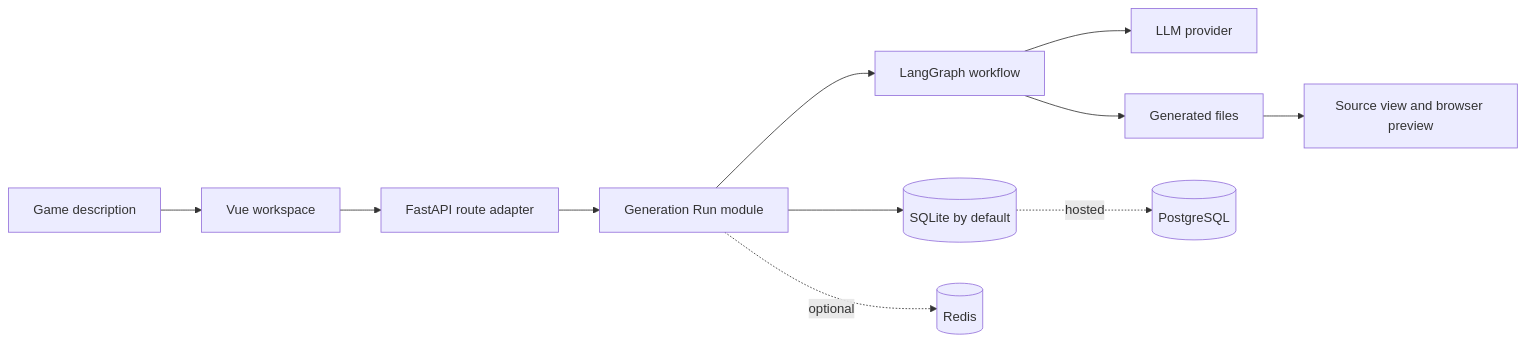
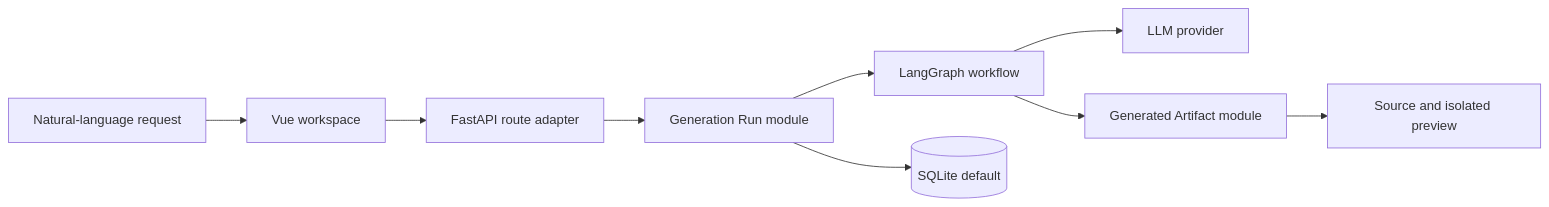
The diagram in README_EN.md (44-99/DreamCoder), drawn with Mermaid before and after one commit. The commit also changed other lines of this file and 38 other files, not shown here.

````diff
--- a/README_EN.md
+++ b/README_EN.md
@@ -38,13 +93,11 @@
 ```mermaid
 flowchart LR
-    U["Game description"] --> V["Vue workspace"]
+    U["Natural-language request"] --> V["Vue workspace"]
     V --> A["FastAPI route adapter"]
     A --> R["Generation Run module"]
     R --> W["LangGraph workflow"]
     W --> L["LLM provider"]
-    W --> F["Generated files"]
-    R --> D[("SQLite by default")]
-    F --> P["Source view and browser preview"]
-    D -. hosted .-> PG[("PostgreSQL")]
-    R -. optional .-> RD[("Redis")]
+    W --> F["Generated Artifact module"]
+    F --> P["Source and isolated preview"]
+    R --> D[("SQLite default")]
 ```
````
